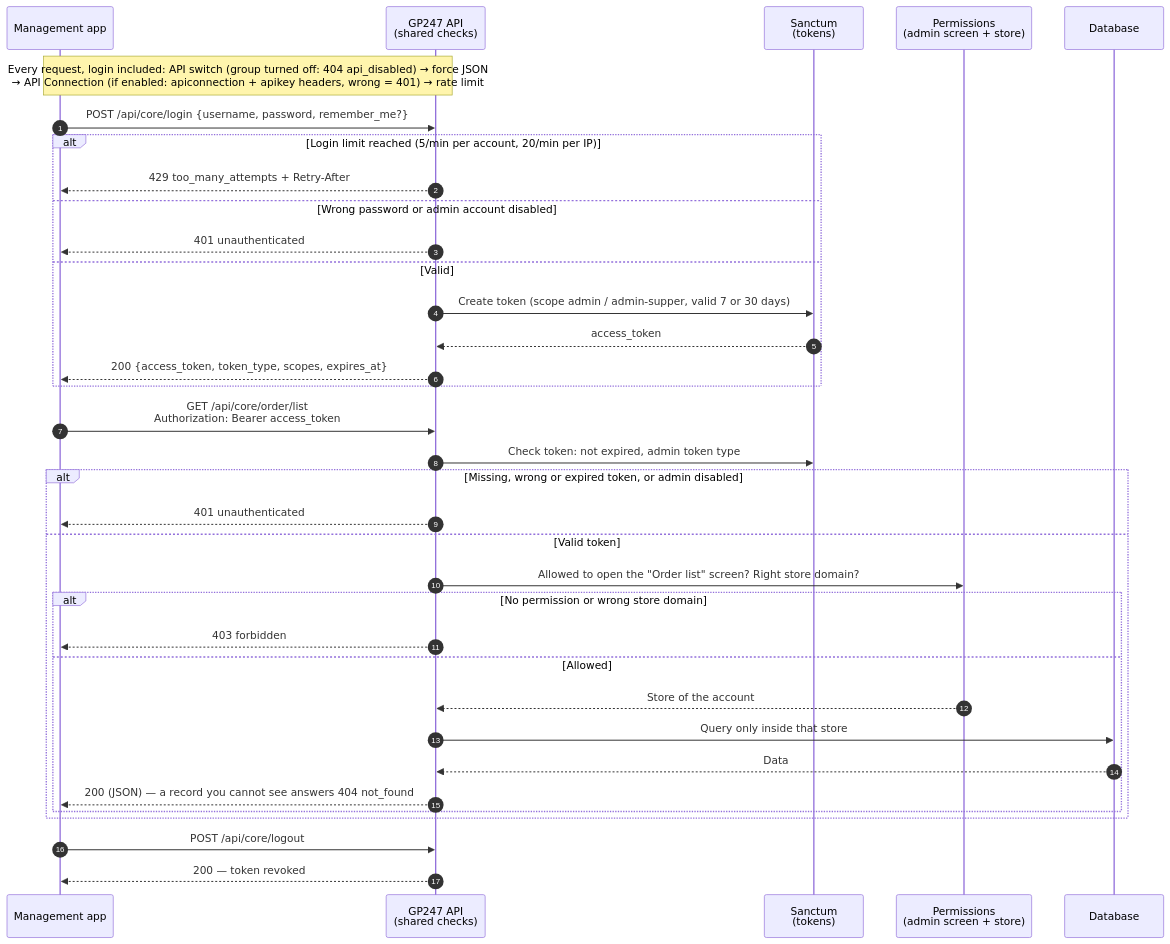
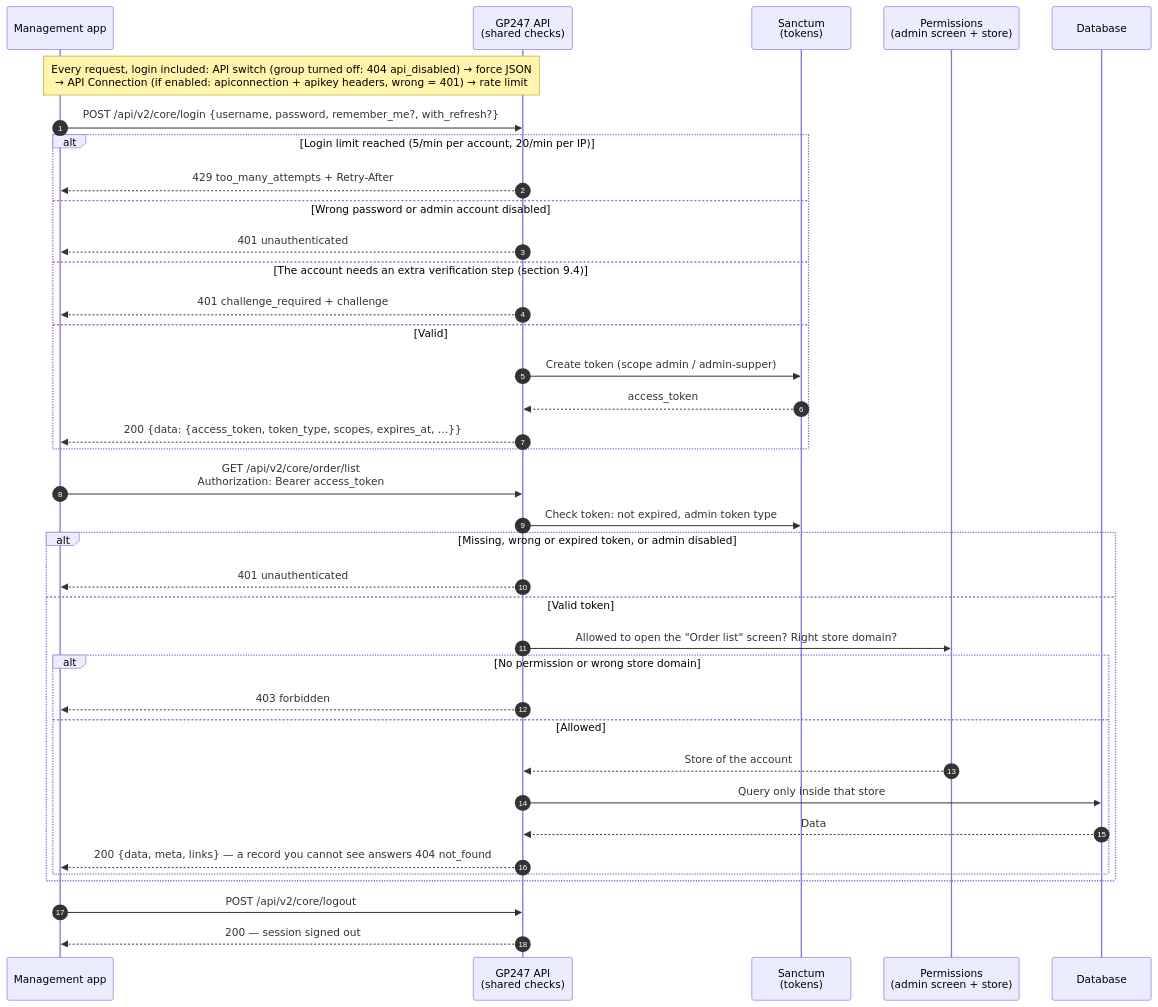
The second of 7 diagrams in api/api-introduction.md (gp247net/gp247-docs), drawn with Mermaid before and after one commit. The commit also changed other lines of this file and 13 other files, not shown here.

````diff
--- a/api/api-introduction.md
+++ b/api/api-introduction.md
@@ -202,37 +356,39 @@
 ```mermaid
 sequenceDiagram
     autonumber
     participant A as Management app
     participant M as GP247 API<br/>(shared checks)
     participant S as Sanctum<br/>(tokens)
     participant Q as Permissions<br/>(admin screen + store)
     participant D as Database
     Note over A,M: Every request, login included: API switch (group turned off: 404 api_disabled) → force JSON<br/>→ API Connection (if enabled: apiconnection + apikey headers, wrong = 401) → rate limit
-    A->>M: POST /api/core/login {username, password, remember_me?}
+    A->>M: POST /api/v2/core/login {username, password, remember_me?, with_refresh?}
     alt Login limit reached (5/min per account, 20/min per IP)
         M-->>A: 429 too_many_attempts + Retry-After
     else Wrong password or admin account disabled
         M-->>A: 401 unauthenticated
+    else The account needs an extra verification step (section 9.4)
+        M-->>A: 401 challenge_required + challenge
     else Valid
-        M->>S: Create token (scope admin / admin-supper, valid 7 or 30 days)
+        M->>S: Create token (scope admin / admin-supper)
         S-->>M: access_token
-        M-->>A: 200 {access_token, token_type, scopes, expires_at}
+        M-->>A: 200 {data: {access_token, token_type, scopes, expires_at, …}}
     end
-    A->>M: GET /api/core/order/list<br/>Authorization: Bearer access_token
+    A->>M: GET /api/v2/core/order/list<br/>Authorization: Bearer access_token
     M->>S: Check token: not expired, admin token type
     alt Missing, wrong or expired token, or admin disabled
         M-->>A: 401 unauthenticated
     else Valid token
         M->>Q: Allowed to open the "Order list" screen? Right store domain?
         alt No permission or wrong store domain
             M-->>A: 403 forbidden
         else Allowed
             Q-->>M: Store of the account
             M->>D: Query only inside that store
             D-->>M: Data
-            M-->>A: 200 (JSON) — a record you cannot see answers 404 not_found
+            M-->>A: 200 {data, meta, links} — a record you cannot see answers 404 not_found
         end
     end
-    A->>M: POST /api/core/logout
-    M-->>A: 200 — token revoked
+    A->>M: POST /api/v2/core/logout
+    M-->>A: 200 — session signed out
 ```
````
